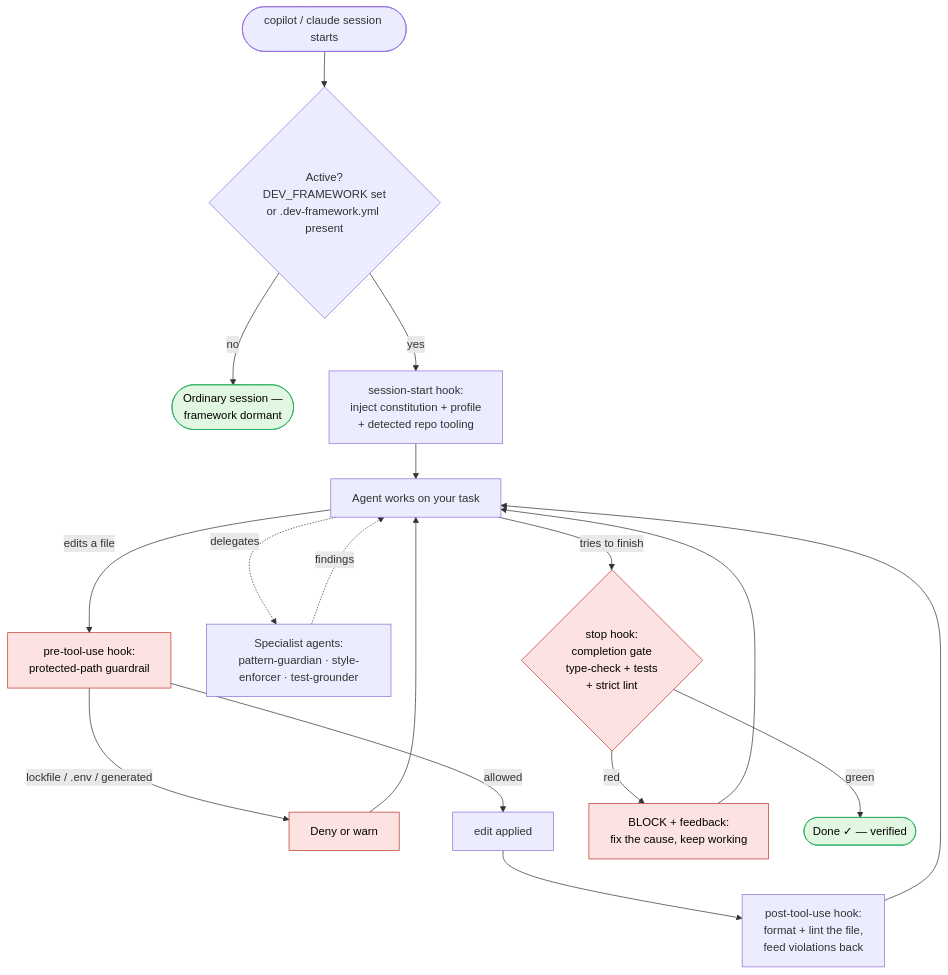
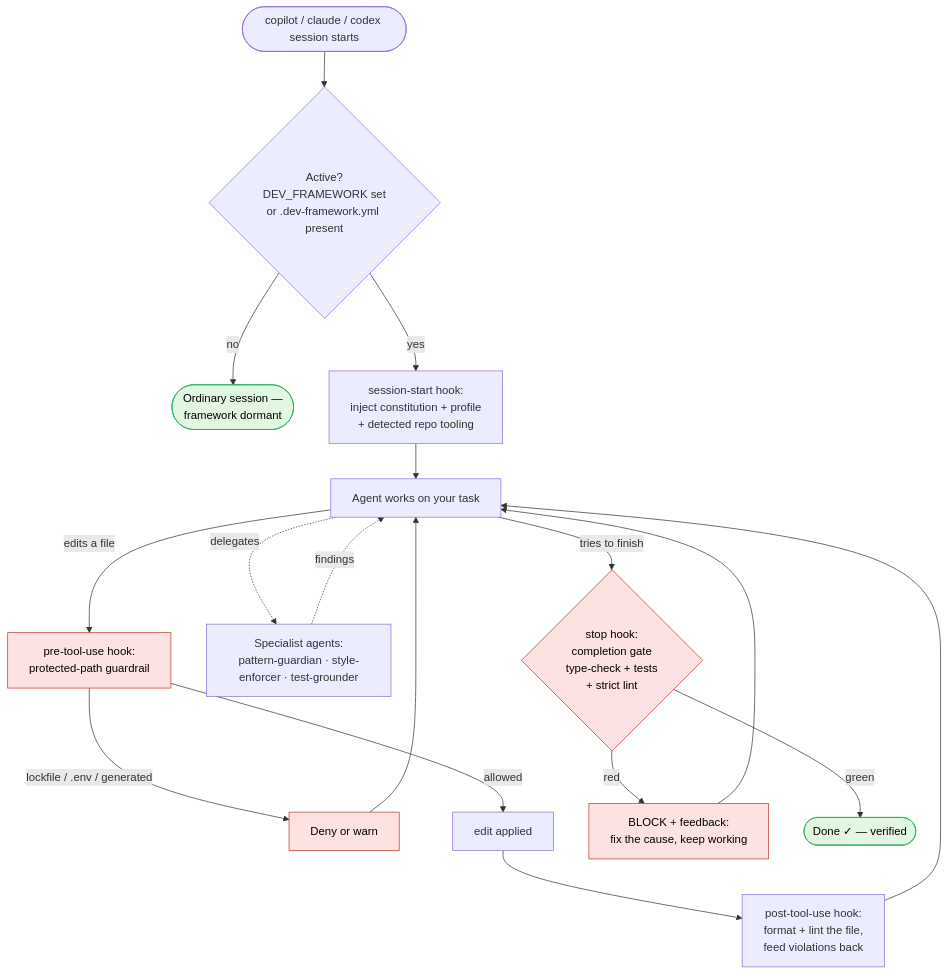
Before and after one commit to anticomputer/dev-framework: the diagram in README.md, drawn with Mermaid. The commit also changed other lines of this file and 25 other files, not shown here.

````diff
--- a/README.md
+++ b/README.md
@@ -133,27 +138,27 @@
 ```mermaid
 flowchart TD
-    A([copilot / claude session starts]) --> B{Active?<br/>DEV_FRAMEWORK set<br/>or .dev-framework.yml present}
+    A([copilot / claude / codex session starts]) --> B{Active?<br/>DEV_FRAMEWORK set<br/>or .dev-framework.yml present}
     B -- no --> Z([Ordinary session —<br/>framework dormant])
     B -- yes --> C[session-start hook:<br/>inject constitution + profile<br/>+ detected repo tooling]
     C --> D[Agent works on your task]
 
     D -->|edits a file| F[pre-tool-use hook:<br/>protected-path guardrail]
     F -->|lockfile / .env / generated| X[Deny or warn]
     X --> D
     F -->|allowed| G[edit applied]
     G --> H[post-tool-use hook:<br/>format + lint the file,<br/>feed violations back]
     H --> D
 
     D -.delegates.-> R[Specialist agents:<br/>pattern-guardian · style-enforcer · test-grounder]
     R -.findings.-> D
 
     D -->|tries to finish| J{stop hook:<br/>completion gate<br/>type-check + tests<br/>+ strict lint}
     J -->|red| K[BLOCK + feedback:<br/>fix the cause, keep working]
     K --> D
     J -->|green| L([Done ✓ — verified])
 
     classDef gate fill:#fde2e2,stroke:#c0392b,color:#000;
     classDef pass fill:#e2f7e2,stroke:#27ae60,color:#000;
     class F,J,X,K gate;
     class L,Z pass;
 ```
````
